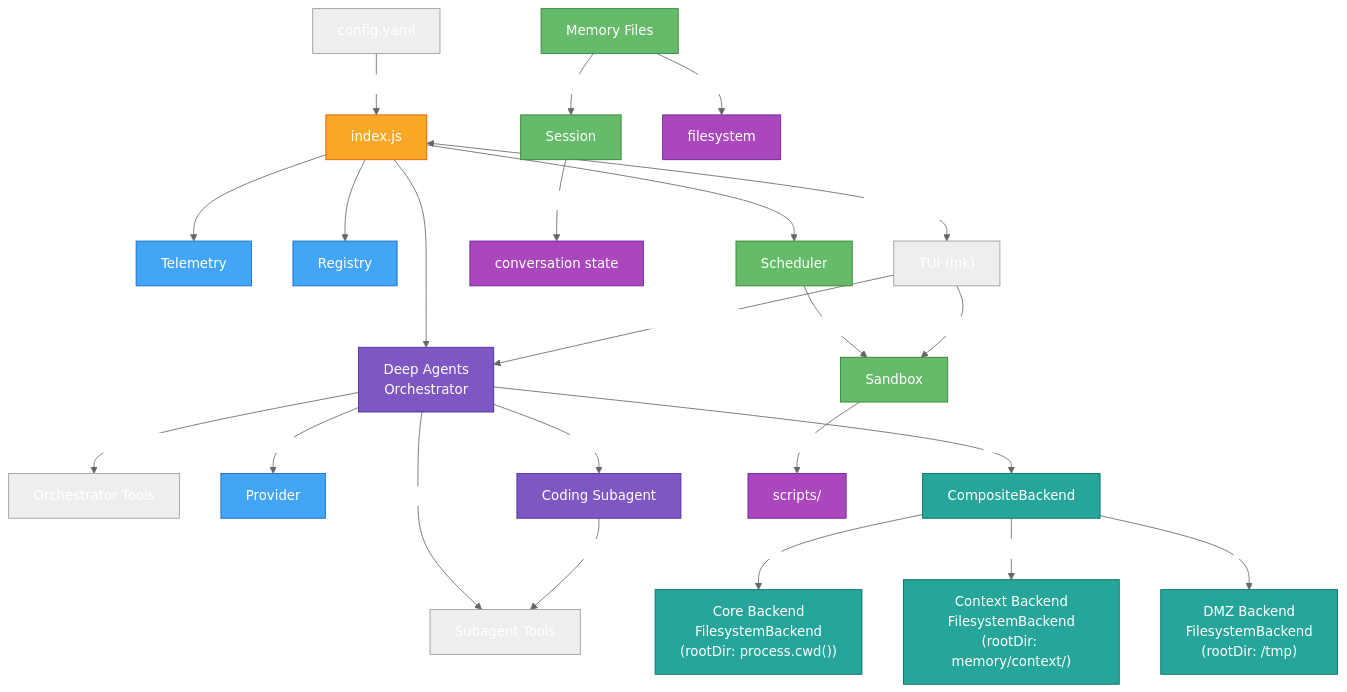
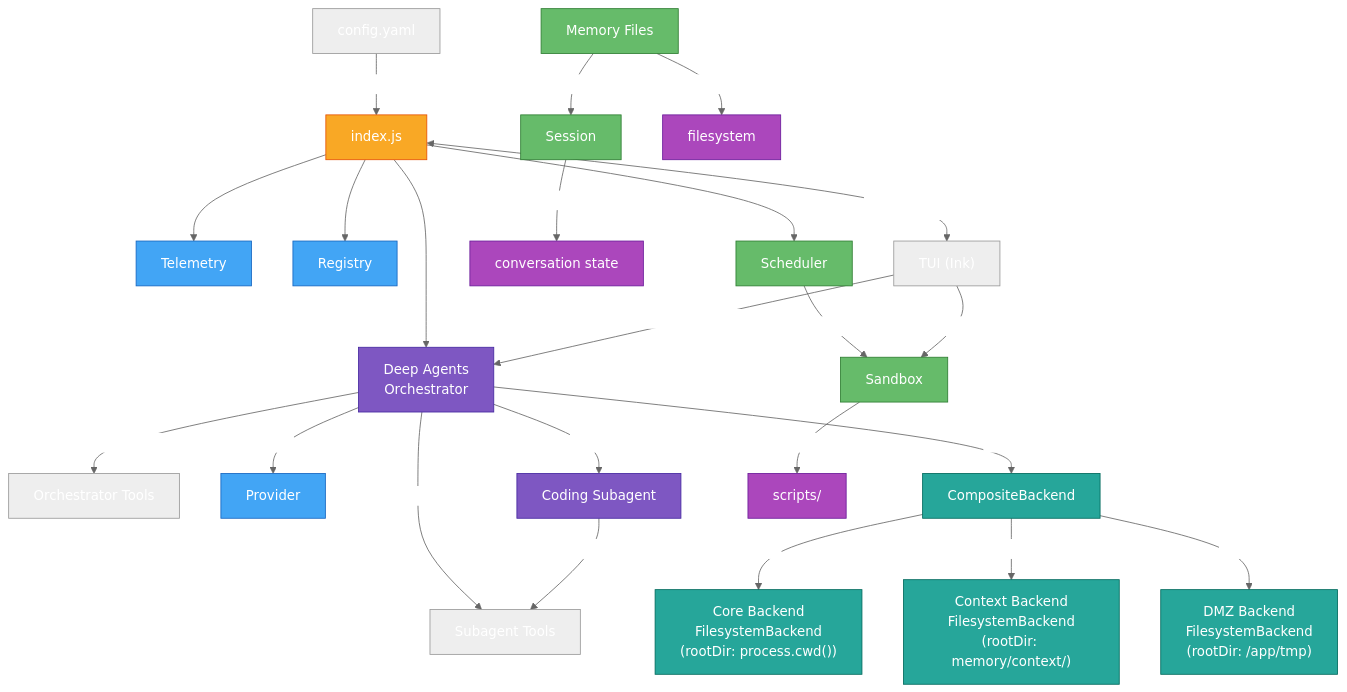
One commit to avoidwork/madz changed the diagram in docs/OVERVIEW.md. Above: the diagram before and after it, drawn with Mermaid (neutral theme). The commit also changed other lines of this file and 3 other files, not shown here.

Commit message:
docs: update README and docs to reference /app/tmp volume mount

````diff
--- a/docs/OVERVIEW.md
+++ b/docs/OVERVIEW.md
@@ -9,38 +9,38 @@
 ```mermaid
 graph TD
     C["config.yaml"] -->|"loadConfig()"| I["index.js"]
     I --> T["Telemetry"]
     I --> R["Registry"]
     I --> S["Scheduler"]
     I --> DA["Deep Agents\nOrchestrator"]
     DA -->|"orchestrator + shared"| OT["Orchestrator Tools"]
     DA -->|"subagent + shared"| ST["Subagent Tools"]
     DA -->|"model"| P["Provider"]
     DA -->|"backend"| CB["CompositeBackend"]
     CB -->|"default"| CFB["Core Backend\nFilesystemBackend\n(rootDir: process.cwd())"]
     CB -->|"/memory/context/"| CTB["Context Backend\nFilesystemBackend\n(rootDir: memory/context/)"]
-    CB -->|"/tmp"| DB["DMZ Backend\nFilesystemBackend\n(rootDir: /tmp)"]
+    CB -->|"/app/tmp"| DB["DMZ Backend\nFilesystemBackend\n(rootDir: /app/tmp)"]
     DA -->|"delegate"| SA["Coding Subagent"]
     SA -->|"execution"| ST
     S -->|"runNow()"| SB["Sandbox"]
     SB -->|"spawn()"| SK["scripts/"]
     TM["Memory Files"] -->|"context"| SE["Session"]
     SE -->|context window| CW["conversation state"]
     TM -->|write/read| FS["filesystem"]
     UI["TUI (Ink)"] -->|"handleConversation"| DA
     UI -->|"invokeSkill"| SB
     I <-->|handleConversation / invokeSkill| UI
     classDef root fill:#f9a825,color:#fff,stroke:#e65100
     classDef core fill:#42a5f5,color:#fff,stroke:#1565c0
     classDef util fill:#66bb6a,color:#fff,stroke:#2e7d32
     classDef ext fill:#ab47bc,color:#fff,stroke:#6a1b9a
     classDef cache fill:#26a69a,color:#fff,stroke:#00695c
     classDef agent fill:#7e57c2,color:#fff,stroke:#4527a0
     classDef backend fill:#26a69a,color:#fff,stroke:#00695c
     class I root
     class DA,P,T,R core
     class DA,SA agent
     class S,TM,SE,SB util
     class SK,CW,FS ext
     class CB,CFB,CTB,DB backend
 ```
````
